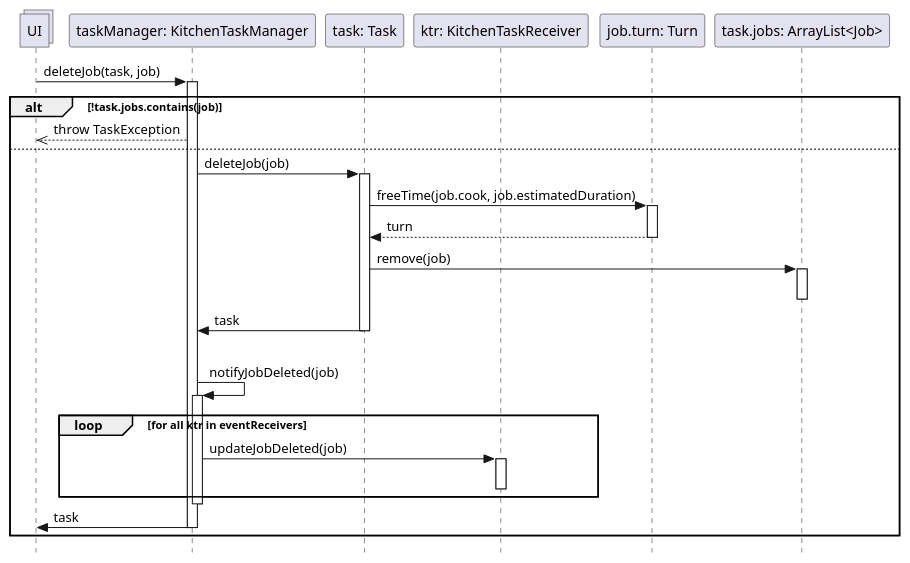
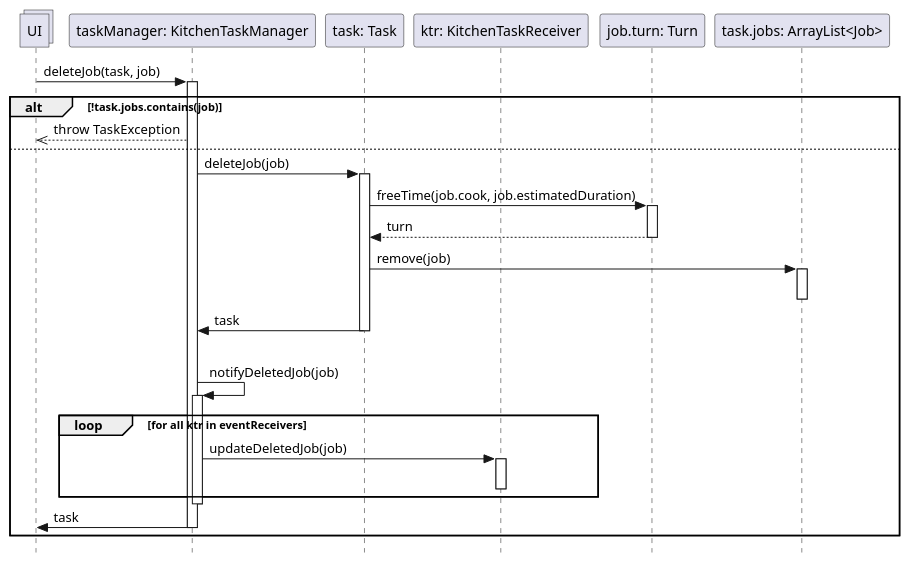
One commit to stefa168/sas-project changed the diagram in UC Gestire Compiti Cucina/Progettazione/DSD Operazione 6a.puml. Above: the diagram before and after it, drawn with PlantUML. The commit also changed 3 other files, not shown here.

```diff
--- a/UC Gestire Compiti Cucina/Progettazione/DSD Operazione 6a.puml
+++ b/UC Gestire Compiti Cucina/Progettazione/DSD Operazione 6a.puml
@@ -1,50 +1,50 @@
 @startuml Operazione 6a
 skinparam Style strictuml
 
 collections UI
 
 'commento di prova per vedere se riesco a pushare sul nuovo pc
 
 participant "taskManager: KitchenTaskManager" as tm
 participant "task: Task" as task
 participant "ktr: KitchenTaskReceiver" as ktr
 participant "job.turn: Turn" as t
 participant "task.jobs: ArrayList<Job>" as jl
 
 UI -> tm: deleteJob(task, job)
 activate tm
 
 alt !task.jobs.contains(job)
     UI <<-- tm: throw TaskException
 else
     tm -> task: deleteJob(job)
     activate task
     task -> t: freeTime(job.cook, job.estimatedDuration)
     activate t
     return turn
 
     task -> jl: remove(job)
     activate jl
     deactivate jl
 
     tm <- task: task
     deactivate task
 
     |||
-    tm -> tm: notifyJobDeleted(job)
+    tm -> tm: notifyDeletedJob(job)
     activate tm
     loop for all ktr in eventReceivers
-        tm -> ktr : updateJobDeleted(job)
+        tm -> ktr : updateDeletedJob(job)
         activate ktr
         deactivate ktr
     end
     deactivate tm
 
     UI <- tm: task
     deactivate tm
 
 end
 
 deactivate tm
 
 @enduml
```
